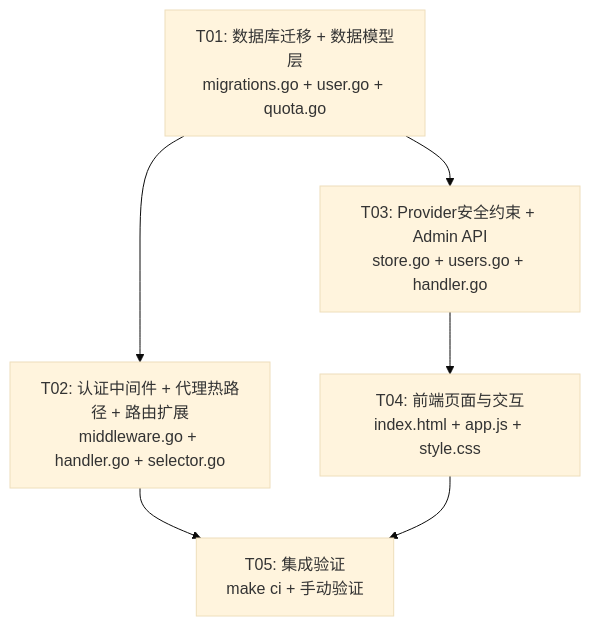
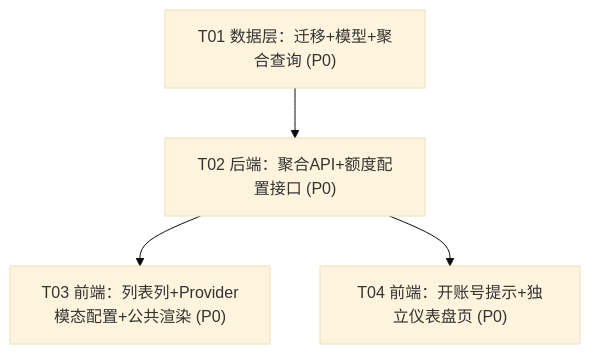
Before and after one commit to 16499259-oss/shimiaocheng-llm: the diagram in docs/system_design.md, drawn with Mermaid (base theme). The commit also changed other lines of this file and 18 other files, not shown here.

````diff
--- a/docs/system_design.md
+++ b/docs/system_design.md
@@ -686,14 +290,10 @@
 ```mermaid
 graph TD
-    T01["T01: 数据库迁移 + 数据模型层<br/>migrations.go + user.go + quota.go"]
-    T02["T02: 认证中间件 + 代理热路径 + 路由扩展<br/>middleware.go + handler.go + selector.go"]
-    T03["T03: Provider安全约束 + Admin API<br/>store.go + users.go + handler.go"]
-    T04["T04: 前端页面与交互<br/>index.html + app.js + style.css"]
-    T05["T05: 集成验证<br/>make ci + 手动验证"]
-
+    T01["T01 数据层：迁移+模型+聚合查询 (P0)"]
+    T02["T02 后端：聚合API+额度配置接口 (P0)"]
+    T03["T03 前端：列表列+Provider模态配置+公共渲染 (P0)"]
+    T04["T04 前端：开账号提示+独立仪表盘页 (P0)"]
     T01 --> T02
-    T01 --> T03
-    T02 --> T05
-    T03 --> T04
-    T04 --> T05
+    T02 --> T03
+    T02 --> T04
 ```
````
